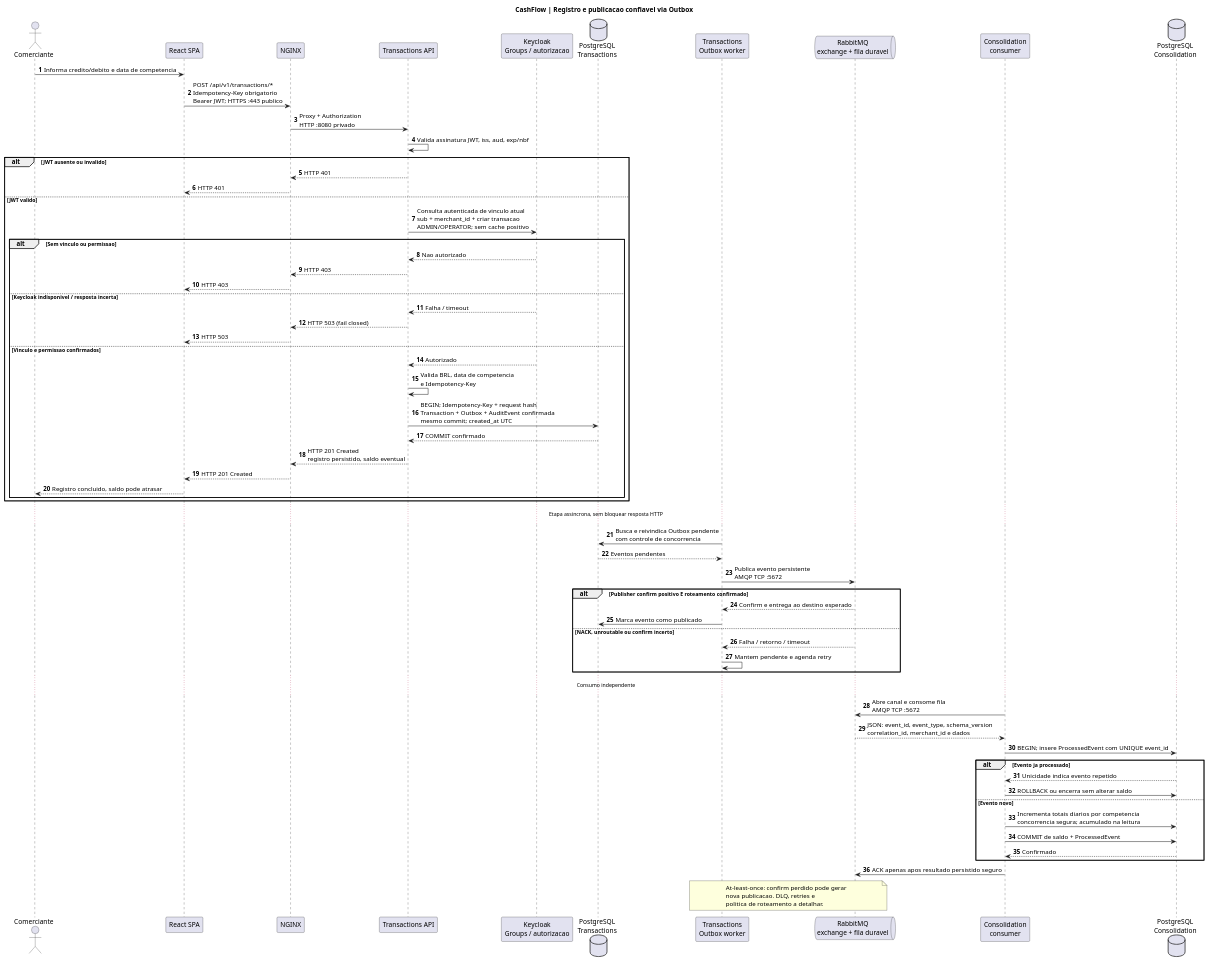
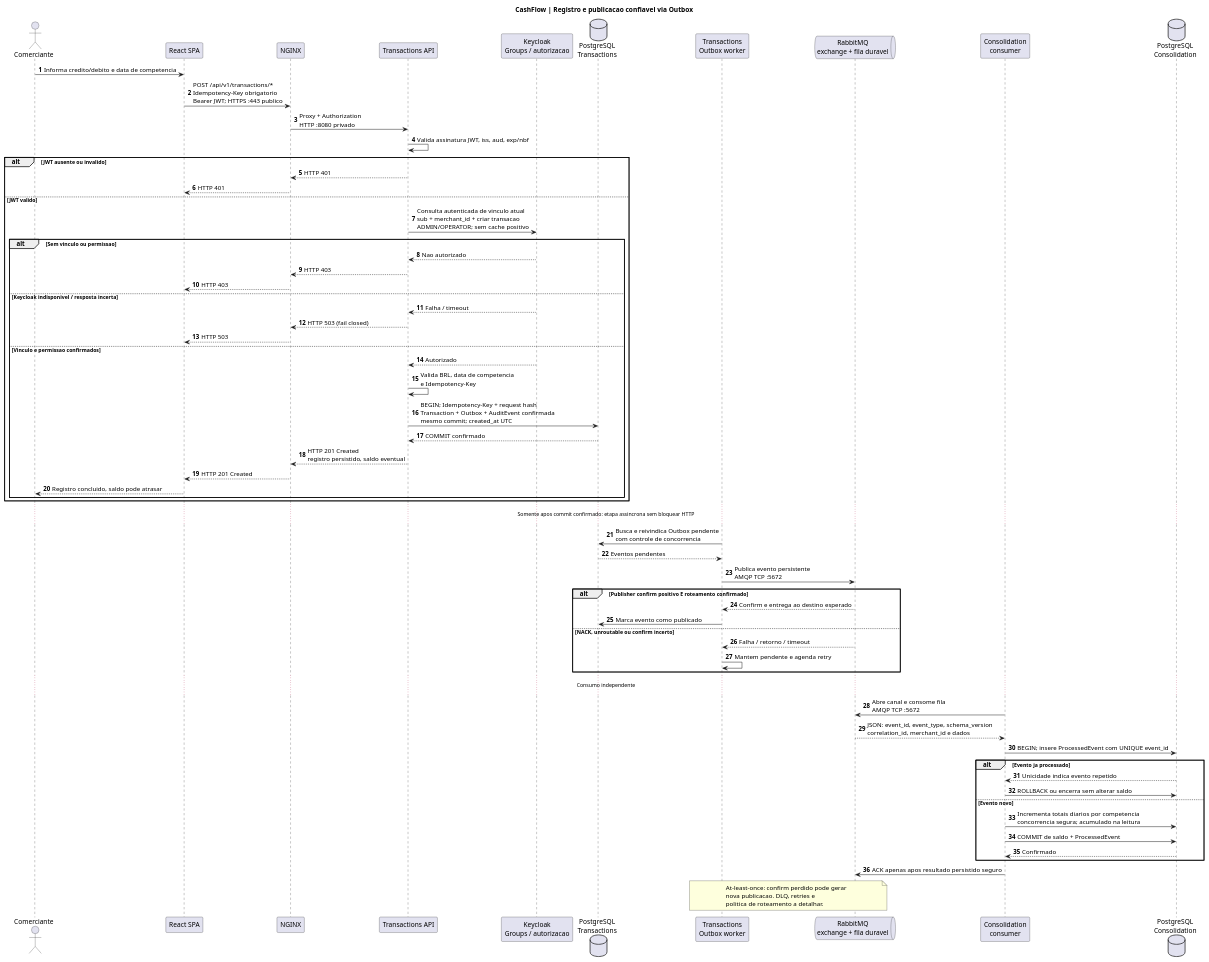
The diagram in docs/architecture/plantuml/sequence-register.puml (wolwerr/CashFlow-Architecture), drawn with PlantUML before and after one commit.

Commit message:
docs(diagrams): clarify authorized-only branches in sequence-register

```diff
--- a/docs/architecture/plantuml/sequence-register.puml
+++ b/docs/architecture/plantuml/sequence-register.puml
@@ -1,72 +1,72 @@
 @startuml CashFlow_Register
 title CashFlow | Registro e publicacao confiavel via Outbox
 autonumber
 actor Comerciante as U
 participant "React SPA" as W
 participant "NGINX" as G
 participant "Transactions API" as API
 participant "Keycloak\nGroups / autorizacao" as KC
 database "PostgreSQL\nTransactions" as DBT
 participant "Transactions\nOutbox worker" as OUT
 queue "RabbitMQ\nexchange + fila duravel" as MQ
 participant "Consolidation\nconsumer" as CON
 database "PostgreSQL\nConsolidation" as DBC
 
 U -> W: Informa credito/debito e data de competencia
 W -> G: POST /api/v1/transactions/*\nIdempotency-Key obrigatorio\nBearer JWT; HTTPS :443 publico
 G -> API: Proxy + Authorization\nHTTP :8080 privado
 API -> API: Valida assinatura JWT, iss, aud, exp/nbf
 alt JWT ausente ou invalido
   API --> G: HTTP 401
   G --> W: HTTP 401
 else JWT valido
   API -> KC: Consulta autenticada de vinculo atual\nsub + merchant_id + criar transacao\nADMIN/OPERATOR; sem cache positivo
   alt Sem vinculo ou permissao
     KC --> API: Nao autorizado
     API --> G: HTTP 403
     G --> W: HTTP 403
   else Keycloak indisponivel / resposta incerta
     KC --> API: Falha / timeout
     API --> G: HTTP 503 (fail closed)
     G --> W: HTTP 503
   else Vinculo e permissao confirmados
     KC --> API: Autorizado
     API -> API: Valida BRL, data de competencia\ne Idempotency-Key
     API -> DBT: BEGIN; Idempotency-Key + request hash\nTransaction + Outbox + AuditEvent confirmada\nmesmo commit; created_at UTC
     DBT --> API: COMMIT confirmado
     API --> G: HTTP 201 Created\nregistro persistido, saldo eventual
     G --> W: HTTP 201 Created
     W --> U: Registro concluido, saldo pode atrasar
   end
 end
 
-... Etapa assincrona, sem bloquear resposta HTTP ...
+... Somente apos commit confirmado: etapa assincrona sem bloquear HTTP ...
 OUT -> DBT: Busca e reivindica Outbox pendente\ncom controle de concorrencia
 DBT --> OUT: Eventos pendentes
 OUT -> MQ: Publica evento persistente\nAMQP TCP :5672
 alt Publisher confirm positivo E roteamento confirmado
   MQ --> OUT: Confirm e entrega ao destino esperado
   OUT -> DBT: Marca evento como publicado
 else NACK, unroutable ou confirm incerto
   MQ --> OUT: Falha / retorno / timeout
   OUT -> OUT: Mantem pendente e agenda retry
 end
 ... Consumo independente ...
 CON -> MQ: Abre canal e consome fila\nAMQP TCP :5672
 MQ --> CON: JSON: event_id, event_type, schema_version\ncorrelation_id, merchant_id e dados
 CON -> DBC: BEGIN; insere ProcessedEvent com UNIQUE event_id
 alt Evento ja processado
   DBC --> CON: Unicidade indica evento repetido
   CON -> DBC: ROLLBACK ou encerra sem alterar saldo
 else Evento novo
   CON -> DBC: Incrementa totais diarios por competencia\nconcorrencia segura; acumulado na leitura
   CON -> DBC: COMMIT de saldo + ProcessedEvent
   DBC --> CON: Confirmado
 end
 CON -> MQ: ACK apenas apos resultado persistido seguro
 note over OUT,MQ
 At-least-once: confirm perdido pode gerar
 nova publicacao. DLQ, retries e
 politica de roteamento a detalhar.
 end note
 @enduml
```
